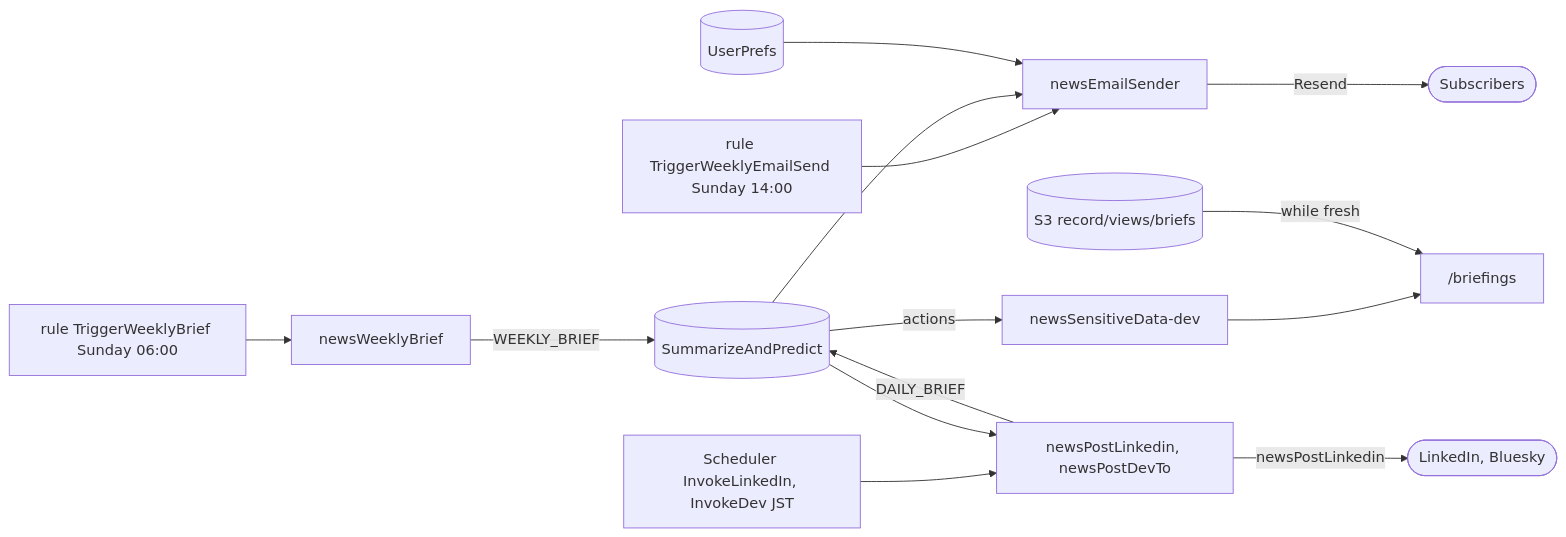
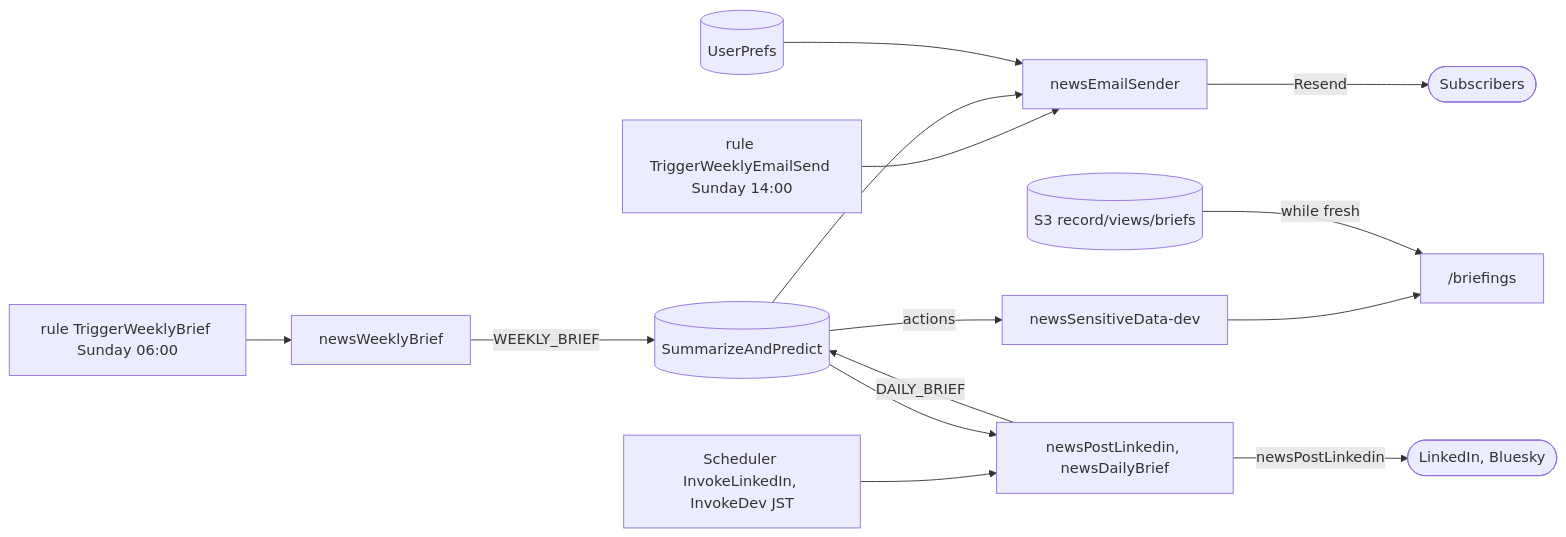
One commit to BenBen05059997/globalPerspective-v1 changed the seventh of 7 diagrams in project-docs/architecture/ARCHITECTURE.md. Above: the diagram before and after it, drawn with Mermaid. The commit also changed other lines of this file and 4 other files, not shown here.

First line of the commit message:
Rename deployed daily brief Lambda to newsDailyBrief (InvokeDev repointed 2026-11-04; old newsPostDevTo kept unscheduled until removal)

````diff
--- a/project-docs/architecture/ARCHITECTURE.md
+++ b/project-docs/architecture/ARCHITECTURE.md
@@ -238,16 +238,16 @@
 ```mermaid
 flowchart LR
   w[rule TriggerWeeklyBrief Sunday 06:00] --> wb[newsWeeklyBrief]
   wb -->|WEEKLY_BRIEF| d[(SummarizeAndPredict)]
   e[rule TriggerWeeklyEmailSend Sunday 14:00] --> es[newsEmailSender]
   d --> es
   u[(UserPrefs)] --> es
   es -->|Resend| sub([Subscribers])
-  l[Scheduler InvokeLinkedIn, InvokeDev JST] --> po[newsPostLinkedin, newsPostDevTo]
+  l[Scheduler InvokeLinkedIn, InvokeDev JST] --> po[newsPostLinkedin, newsDailyBrief]
   d --> po
   po -->|newsPostLinkedin| soc([LinkedIn, Bluesky])
   po -->|DAILY_BRIEF| d
   d -->|actions| px[newsSensitiveData-dev]
   px --> bp["/briefings"]
   rv[(S3 record/views/briefs)] -->|while fresh| bp
 ```
````
